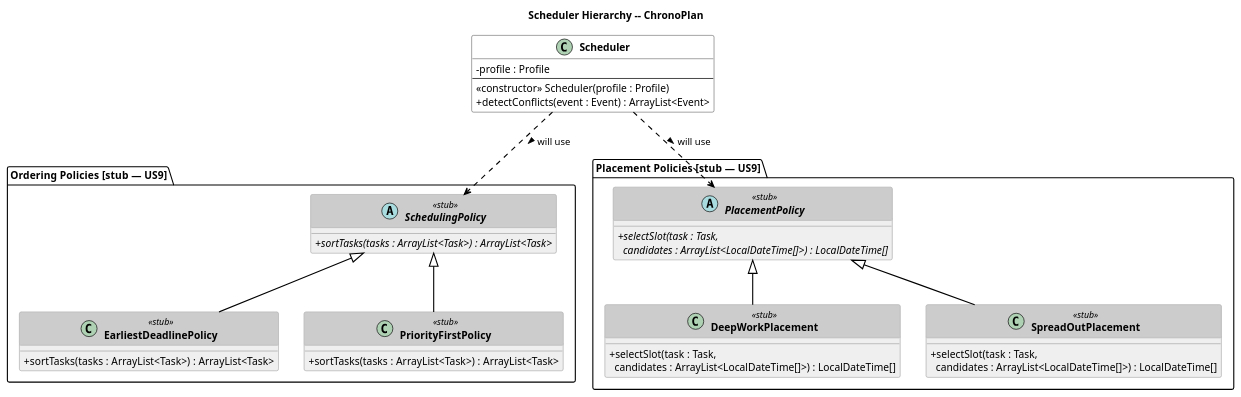
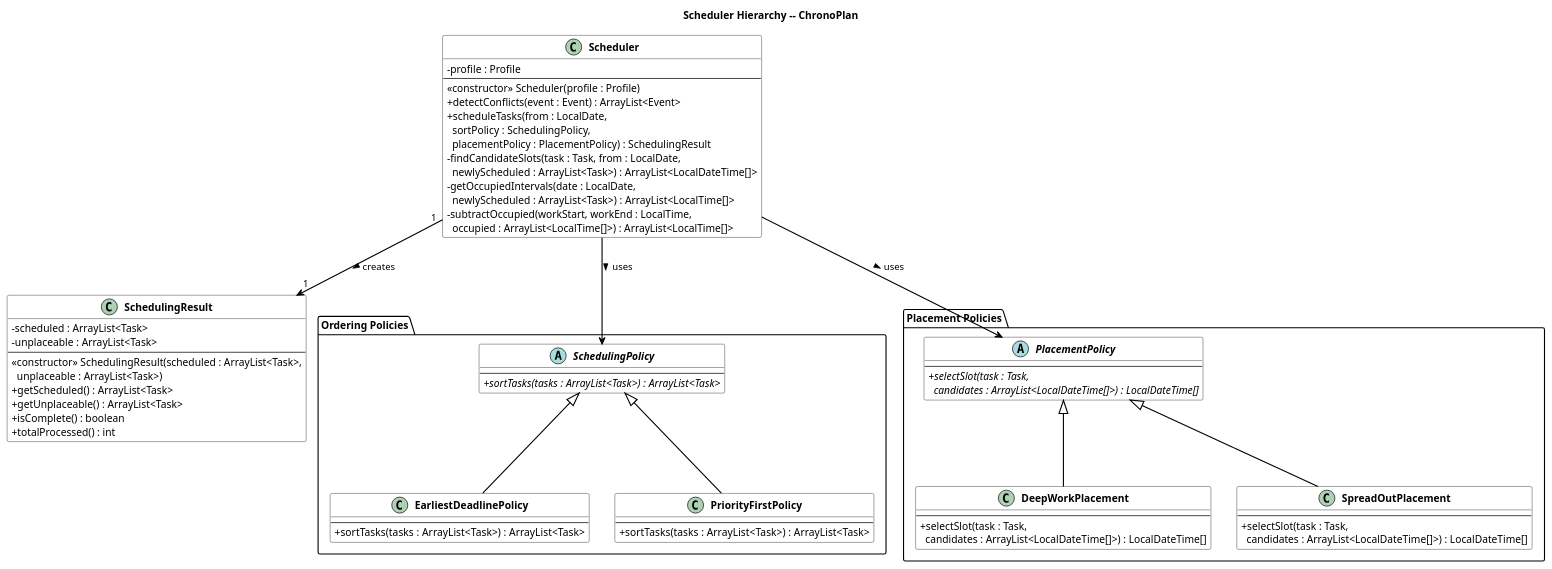
The diagram in src/dev/davisj/CalendarV1/SchedulerHierarchy.puml (jsdavis17/CalendarV1), drawn with PlantUML before and after one commit. The commit also changed 45 other files, not shown here.

```diff
--- a/src/dev/davisj/CalendarV1/SchedulerHierarchy.puml
+++ b/src/dev/davisj/CalendarV1/SchedulerHierarchy.puml
@@ -1,72 +1,88 @@
 @startuml SchedulerHierarchy
 
 title Scheduler Hierarchy -- ChronoPlan
 
 skinparam classAttributeIconSize 0
 skinparam classFontStyle Bold
 skinparam classHeaderBackgroundColor #D0D8E4
 skinparam classBorderColor #000000
 skinparam classBackgroundColor #FFFFFF
 skinparam arrowColor #000000
 skinparam arrowThickness 1.5
 skinparam class {
   BackgroundColor<<stub>> #EFEFEF
   BorderColor<<stub>> #AAAAAA
   HeaderBackgroundColor<<stub>> #CCCCCC
 }
 
 class Scheduler {
   - profile : Profile
   --
   <<constructor>> Scheduler(profile : Profile)
   + detectConflicts(event : Event) : ArrayList<Event>
+  + scheduleTasks(from : LocalDate,\n  sortPolicy : SchedulingPolicy,\n  placementPolicy : PlacementPolicy) : SchedulingResult
+  - findCandidateSlots(task : Task, from : LocalDate,\n  newlyScheduled : ArrayList<Task>) : ArrayList<LocalDateTime[]>
+  - getOccupiedIntervals(date : LocalDate,\n  newlyScheduled : ArrayList<Task>) : ArrayList<LocalTime[]>
+  - subtractOccupied(workStart, workEnd : LocalTime,\n  occupied : ArrayList<LocalTime[]>) : ArrayList<LocalTime[]>
 }
 
-package "Ordering Policies  [stub — US9]" {
+class SchedulingResult {
+  - scheduled : ArrayList<Task>
+  - unplaceable : ArrayList<Task>
+  --
+  <<constructor>> SchedulingResult(scheduled : ArrayList<Task>,\n  unplaceable : ArrayList<Task>)
+  + getScheduled() : ArrayList<Task>
+  + getUnplaceable() : ArrayList<Task>
+  + isComplete() : boolean
+  + totalProcessed() : int
+}
 
-  abstract class SchedulingPolicy <<stub>> {
+package "Ordering Policies" {
+
+  abstract class SchedulingPolicy {
     --
     + {abstract} sortTasks(tasks : ArrayList<Task>) : ArrayList<Task>
   }
 
-  class EarliestDeadlinePolicy <<stub>> {
+  class EarliestDeadlinePolicy {
     --
     + sortTasks(tasks : ArrayList<Task>) : ArrayList<Task>
   }
 
-  class PriorityFirstPolicy <<stub>> {
+  class PriorityFirstPolicy {
     --
     + sortTasks(tasks : ArrayList<Task>) : ArrayList<Task>
   }
 
   SchedulingPolicy <|-- EarliestDeadlinePolicy
   SchedulingPolicy <|-- PriorityFirstPolicy
 
 }
 
-package "Placement Policies  [stub — US9]" {
+package "Placement Policies" {
 
-  abstract class PlacementPolicy <<stub>> {
+  abstract class PlacementPolicy {
     --
     + {abstract} selectSlot(task : Task,\n  candidates : ArrayList<LocalDateTime[]>) : LocalDateTime[]
   }
 
-  class DeepWorkPlacement <<stub>> {
+  class DeepWorkPlacement {
     --
     + selectSlot(task : Task,\n  candidates : ArrayList<LocalDateTime[]>) : LocalDateTime[]
   }
 
-  class SpreadOutPlacement <<stub>> {
+  class SpreadOutPlacement {
     --
     + selectSlot(task : Task,\n  candidates : ArrayList<LocalDateTime[]>) : LocalDateTime[]
   }
 
   PlacementPolicy <|-- DeepWorkPlacement
   PlacementPolicy <|-- SpreadOutPlacement
 
 }
 
-Scheduler ..> SchedulingPolicy : will use >
-Scheduler ..> PlacementPolicy  : will use >
+Scheduler  -->  SchedulingPolicy  : uses >
+Scheduler  -->  PlacementPolicy   : uses >
+Scheduler "1" --> "1" SchedulingResult : creates >
 
 @enduml
```
